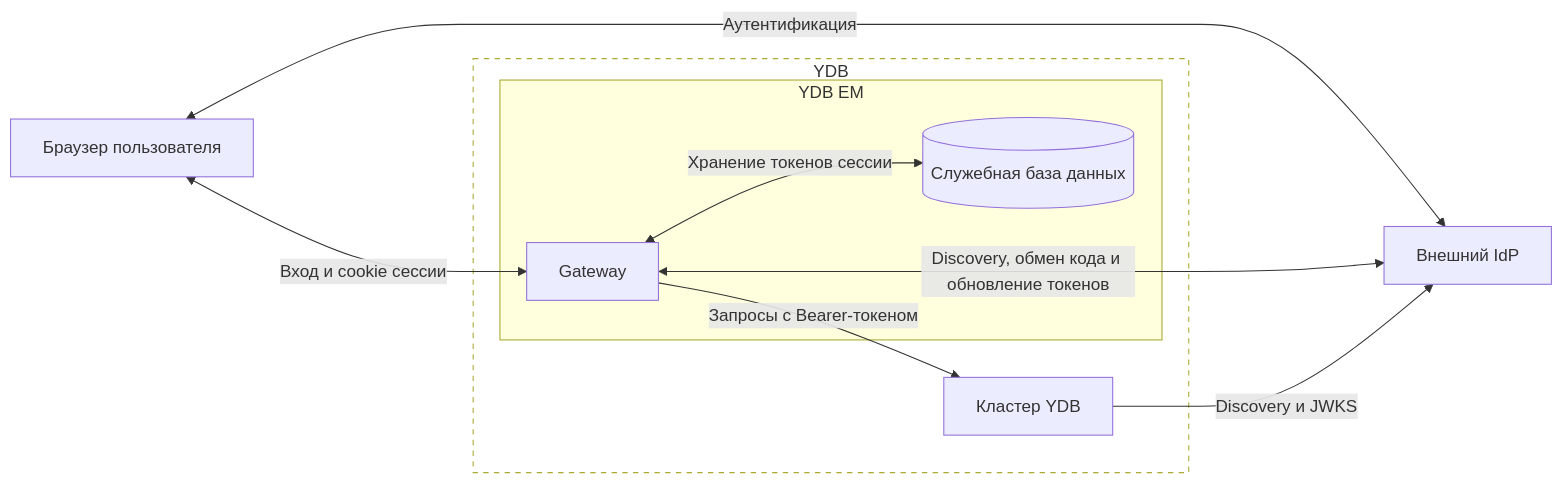
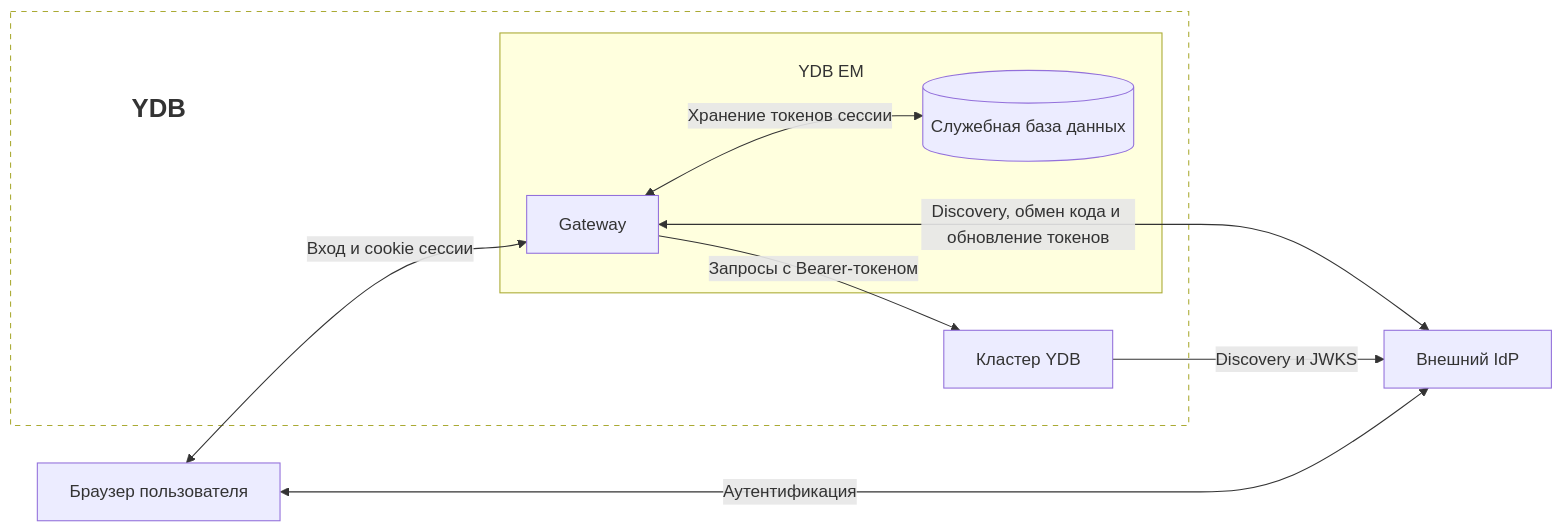
Before and after one commit to ydb-platform/ydb: the diagram in ydb/docs/ru/core/devops/enterprise-manager/sso.md, drawn with Mermaid.

````diff
--- a/ydb/docs/ru/core/devops/enterprise-manager/sso.md
+++ b/ydb/docs/ru/core/devops/enterprise-manager/sso.md
@@ -11,21 +11,24 @@
 ```mermaid
 flowchart LR
     Browser[Браузер пользователя]
     IdP[Внешний IdP]
-    subgraph YDB [YDB]
-        subgraph YDBEM [YDB EM]
+    subgraph YDB [" "]
+        YDBTitle["<div style='padding:16px 24px;font-size:24px;font-weight:600'>YDB</div>"]
+        subgraph YDBEM ["<br/>YDB EM"]
             Gateway[Gateway]
             Sessions[(Служебная база данных)]
             Gateway <-->|"Хранение токенов сессии"| Sessions
         end
         Cluster[Кластер YDB]
     end
 
+    YDBTitle ~~~ Gateway
+    style YDBTitle fill:transparent,stroke:none
     style YDB fill:transparent,stroke-dasharray:5 5
 
     Browser <-->|"Вход и cookie сессии"| Gateway
     Browser <-->|"Аутентификация"| IdP
     Gateway <-->|"Discovery, обмен кода и обновление токенов"| IdP
     Gateway -->|"Запросы с Bearer-токеном"| Cluster
     Cluster -->|"Discovery и JWKS"| IdP
 ```
````
